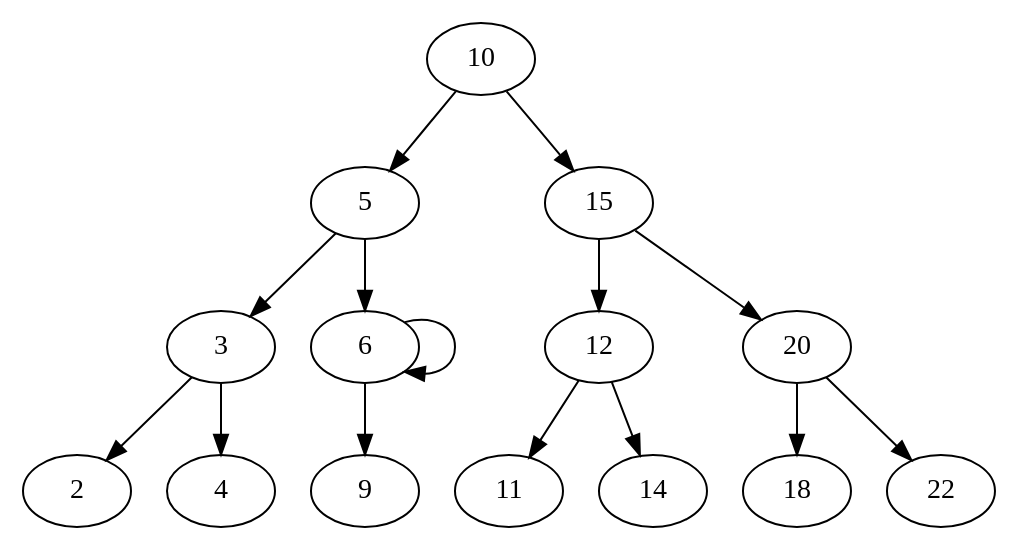
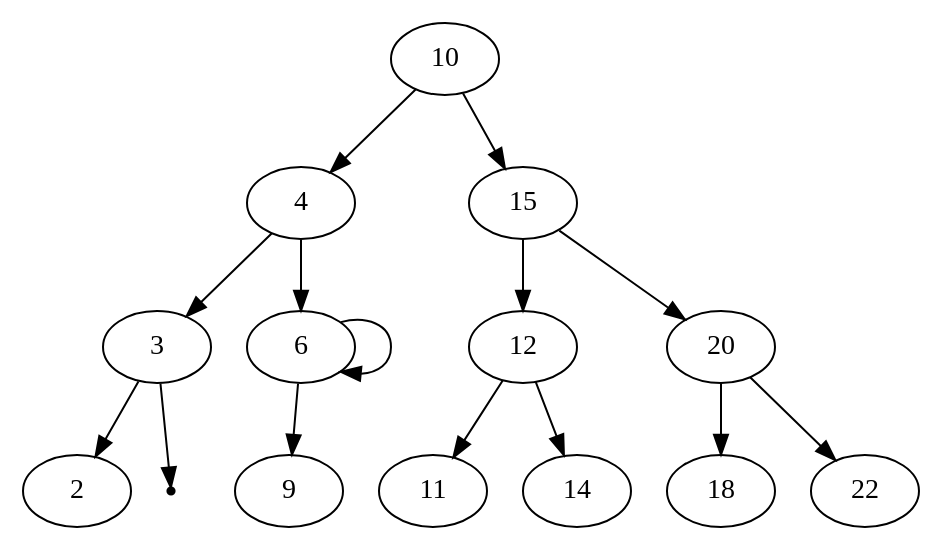
One commit to jesseklein406/data-structures changed the diagram in tree.gv. Above: the diagram before and after it, drawn with Graphviz. The commit also changed 2 other files, not shown here.

```diff
--- a/tree.gv
+++ b/tree.gv
@@ -1,17 +1,18 @@
 digraph G{
 	10;
-	10 -> 5;
-	5 -> 3;
+	10 -> 4;
+	4 -> 3;
 	3 -> 2;
-	3 -> 4;
-	5 -> 6;
+	null563288603 [shape=point];
+	3 -> null563288603;
+	4 -> 6;
 	6 -> 6;
 	6 -> 9;
 	10 -> 15;
 	15 -> 12;
 	12 -> 11;
 	12 -> 14;
 	15 -> 20;
 	20 -> 18;
 	20 -> 22;
 }
```
